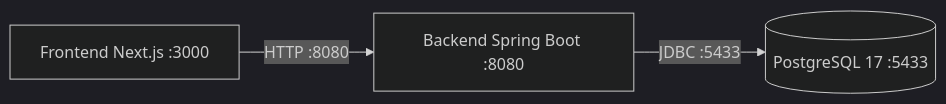
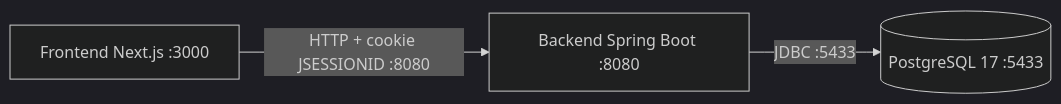
The diagram in docs/architecture-foundation.md (diegovieiradv/project-sentinel), drawn with Mermaid (dark theme) before and after one commit. The commit also changed other lines of this file and 23 other files, not shown here.

````diff
--- a/docs/architecture-foundation.md
+++ b/docs/architecture-foundation.md
@@ -31,5 +31,5 @@
 ```mermaid
 graph LR
-    FE[Frontend Next.js :3000] -->|HTTP :8080| BE[Backend Spring Boot :8080]
+    FE[Frontend Next.js :3000] -->|HTTP + cookie JSESSIONID :8080| BE[Backend Spring Boot :8080]
     BE -->|JDBC :5433| PG[(PostgreSQL 17 :5433)]
 ```
````
